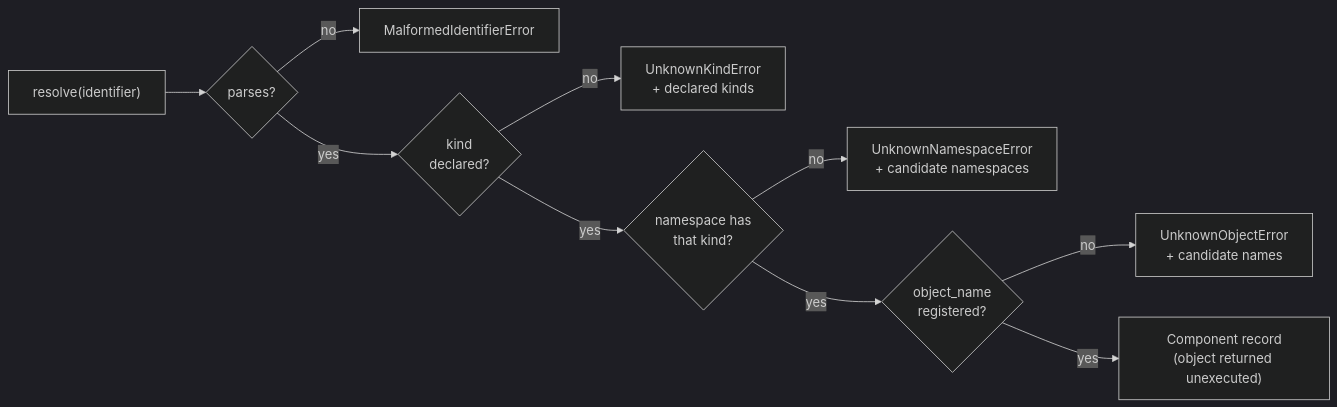
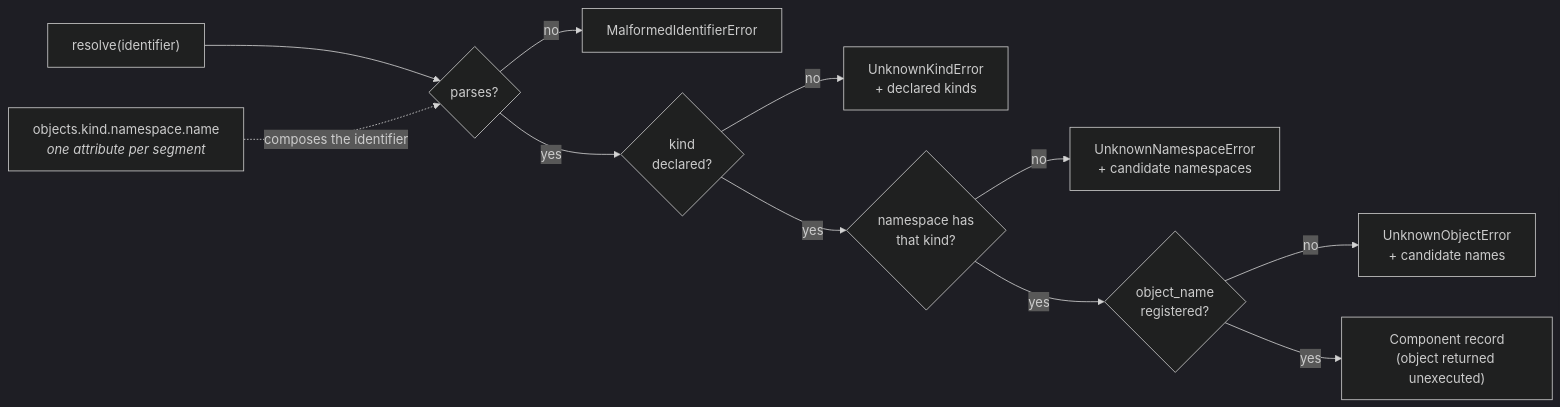
The fifth of 9 diagrams in docs/architecture/kernel.md (hlop3z/spoc), drawn with Mermaid (dark theme) before and after one commit. The commit also changed other lines of this file and 2 other files, not shown here.

````diff
--- a/docs/architecture/kernel.md
+++ b/docs/architecture/kernel.md
@@ -125,12 +132,13 @@
 ```mermaid
 flowchart LR
     input["resolve(identifier)"] --> parse{"parses?"}
+    walk["objects.kind.namespace.name<br/><i>one attribute per segment</i>"] -.->|"composes the identifier"| parse
     parse -- no --> e0["MalformedIdentifierError"]
     parse -- yes --> k{"kind<br/>declared?"}
     k -- no --> e1["UnknownKindError<br/>+ declared kinds"]
     k -- yes --> n{"namespace has<br/>that kind?"}
     n -- no --> e2["UnknownNamespaceError<br/>+ candidate namespaces"]
     n -- yes --> o{"object_name<br/>registered?"}
     o -- no --> e3["UnknownObjectError<br/>+ candidate names"]
     o -- yes --> rec["Component record<br/>(object returned unexecuted)"]
 ```
````
